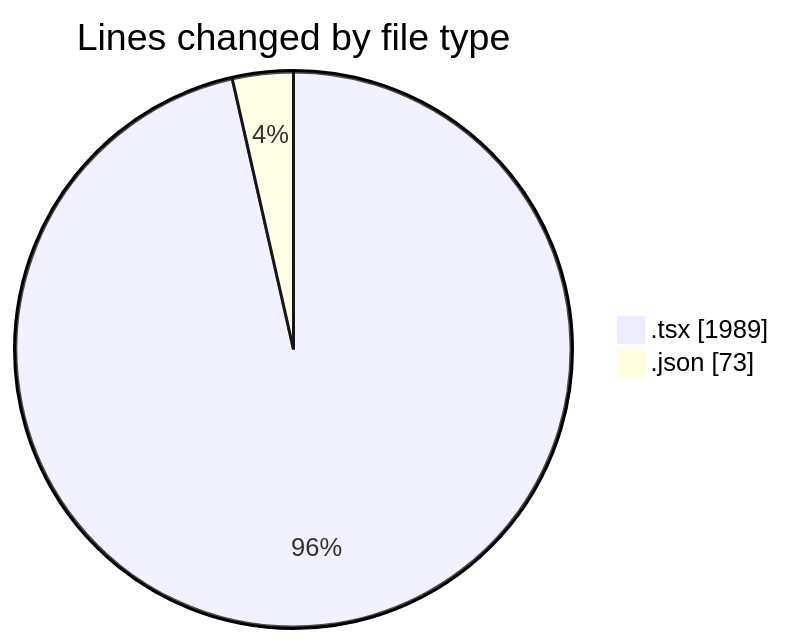
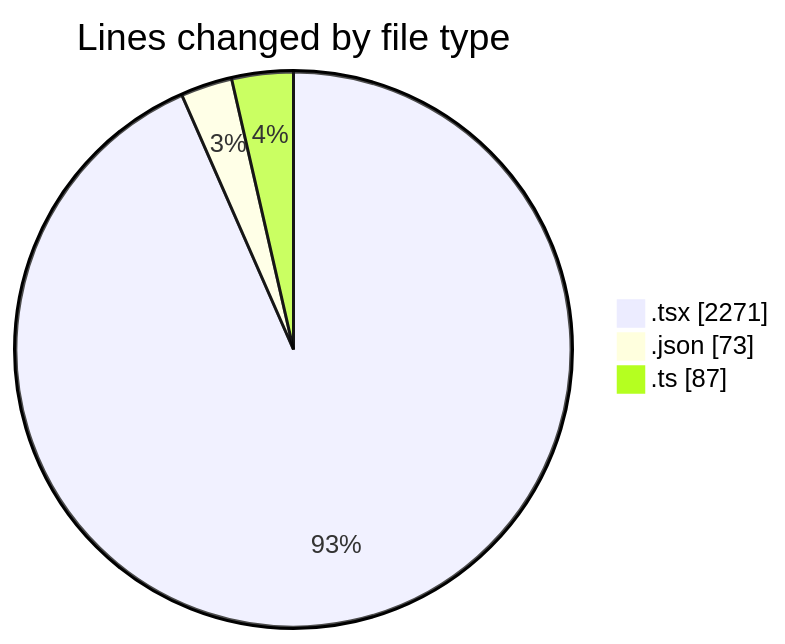
One commit to nxtqubesakshisongat/code-tracking changed the first of 2 diagrams in 2026-01-22/nxtqube_webapp/README.md. Above: the diagram before and after it, drawn with Mermaid. The commit also changed other lines of this file and 1 other file, not shown here.

````diff
--- a/2026-01-22/nxtqube_webapp/README.md
+++ b/2026-01-22/nxtqube_webapp/README.md
@@ -23,6 +26,7 @@
 ```mermaid
 pie showData
 title Lines changed by file type
-".tsx" : 1989
+".tsx" : 2271
 ".json" : 73
+".ts" : 87
 ```
````
